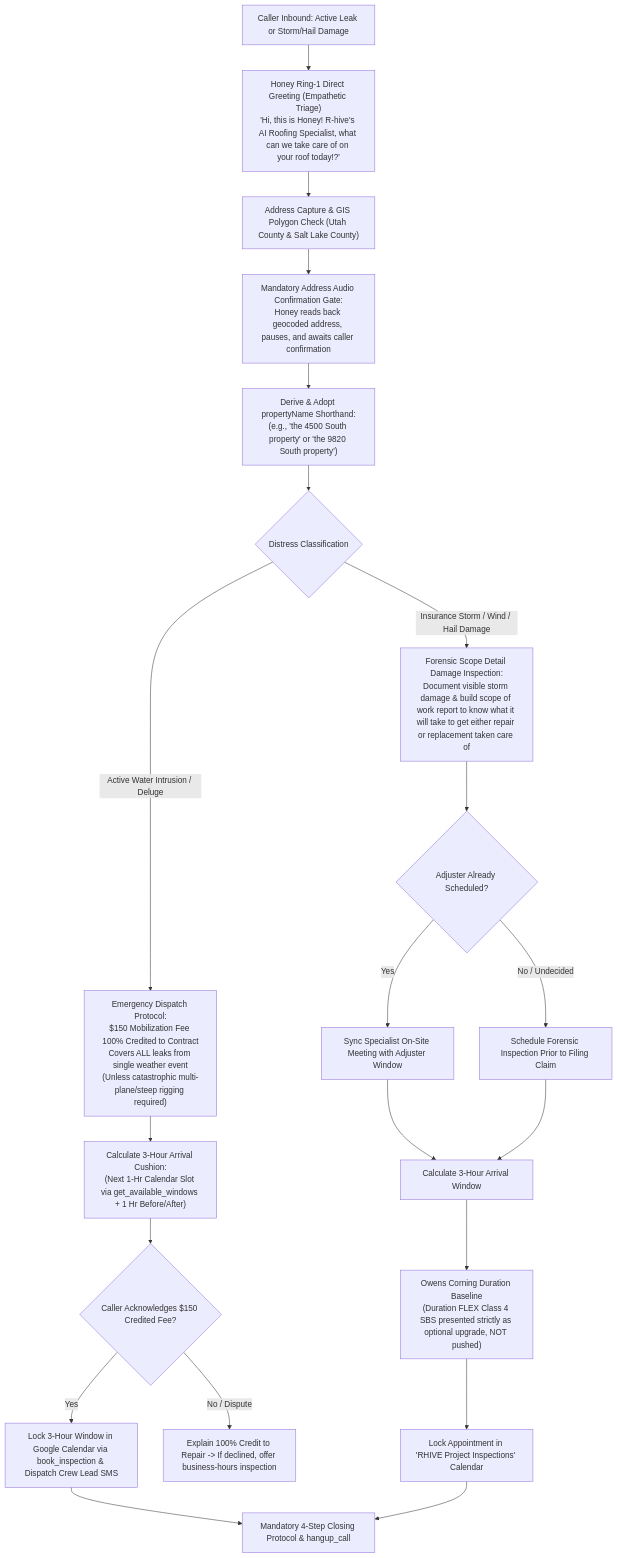
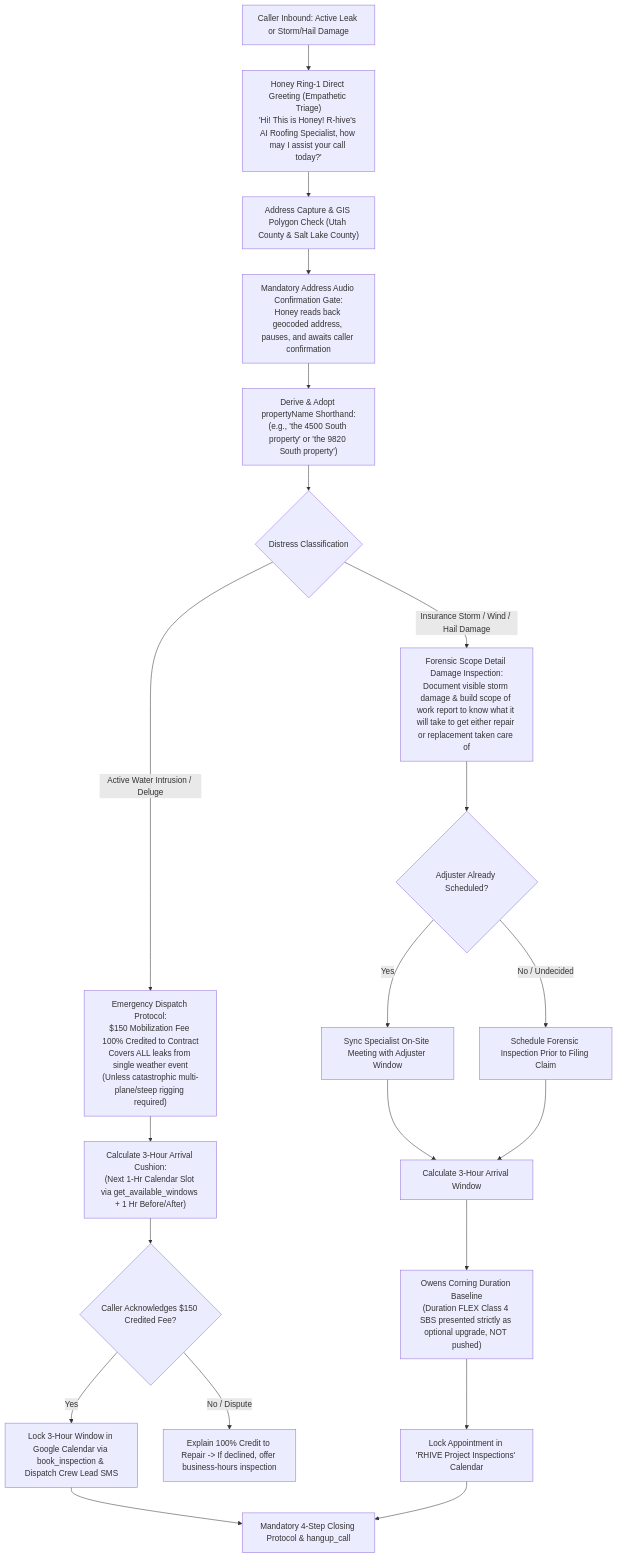
One commit to RHIVE-Construction/RHIVE-Telephony changed the diagram in docs/flow_emergency_leaks_insurance_storm.md. Above: the diagram before and after it, drawn with Mermaid. The commit also changed 4 other files, not shown here.

Commit message:
feat(telephony): add dispatch_antigravity_task tool to FOUNDER_ADMIN_TOOLS and refine conversational flows

````diff
--- a/docs/flow_emergency_leaks_insurance_storm.md
+++ b/docs/flow_emergency_leaks_insurance_storm.md
@@ -16,28 +16,28 @@
 ```mermaid
 flowchart TD
-    Inbound["Caller Inbound: Active Leak or Storm/Hail Damage"] --> HoneyGreet["Honey Ring-1 Direct Greeting (Empathetic Triage)<br/>'Hi, this is Honey! R-hive's AI Roofing Specialist, what can we take care of on your roof today!?'"]
+    Inbound["Caller Inbound: Active Leak or Storm/Hail Damage"] --> HoneyGreet["Honey Ring-1 Direct Greeting (Empathetic Triage)<br/>'Hi! This is Honey! R-hive's AI Roofing Specialist, how may I assist your call today?'"]
     HoneyGreet --> AddressCapture["Address Capture & GIS Polygon Check (Utah County & Salt Lake County)"]
     
     AddressCapture --> AddressGate["Mandatory Address Audio Confirmation Gate:<br/>Honey reads back geocoded address, pauses, and awaits caller confirmation"]
     
     AddressGate --> DeriveShorthand["Derive & Adopt propertyName Shorthand:<br/>(e.g., 'the 4500 South property' or 'the 9820 South property')"]
     
     DeriveShorthand --> TriageBranch{"Distress Classification"}
     
     TriageBranch -->|"Active Water Intrusion / Deluge"| EmergencyTarp["Emergency Dispatch Protocol:<br/>$150 Mobilization Fee 100% Credited to Contract<br/>Covers ALL leaks from single weather event<br/>(Unless catastrophic multi-plane/steep rigging required)"]
     EmergencyTarp --> CalcWindow["Calculate 3-Hour Arrival Cushion:<br/>(Next 1-Hr Calendar Slot via get_available_windows + 1 Hr Before/After)"]
     CalcWindow --> FeeAck{"Caller Acknowledges $150 Credited Fee?"}
     FeeAck -->|"Yes"| BookTarp["Lock 3-Hour Window in Google Calendar via book_inspection & Dispatch Crew Lead SMS"]
     BookTarp --> ClosingProtocol["Mandatory 4-Step Closing Protocol & hangup_call"]
     FeeAck -->|"No / Dispute"| FallbackExplain["Explain 100% Credit to Repair -> If declined, offer business-hours inspection"]
     
     TriageBranch -->|"Insurance Storm / Wind / Hail Damage"| ForensicAudit["Forensic Scope Detail Damage Inspection:<br/>Document visible storm damage & build scope of work report to know what it will take to get either repair or replacement taken care of"]
     ForensicAudit --> AdjusterTime{"Adjuster Already Scheduled?"}
     AdjusterTime -->|"Yes"| MatchAdjuster["Sync Specialist On-Site Meeting with Adjuster Window"]
     AdjusterTime -->|"No / Undecided"| PreClaimAudit["Schedule Forensic Inspection Prior to Filing Claim"]
     MatchAdjuster --> CalcWindowIns["Calculate 3-Hour Arrival Window"]
     PreClaimAudit --> CalcWindowIns
     CalcWindowIns --> ProductStance["Owens Corning Duration Baseline<br/>(Duration FLEX Class 4 SBS presented strictly as optional upgrade, NOT pushed)"]
     ProductStance --> BookIns["Lock Appointment in 'RHIVE Project Inspections' Calendar"]
     BookIns --> ClosingProtocol
 ```
````
